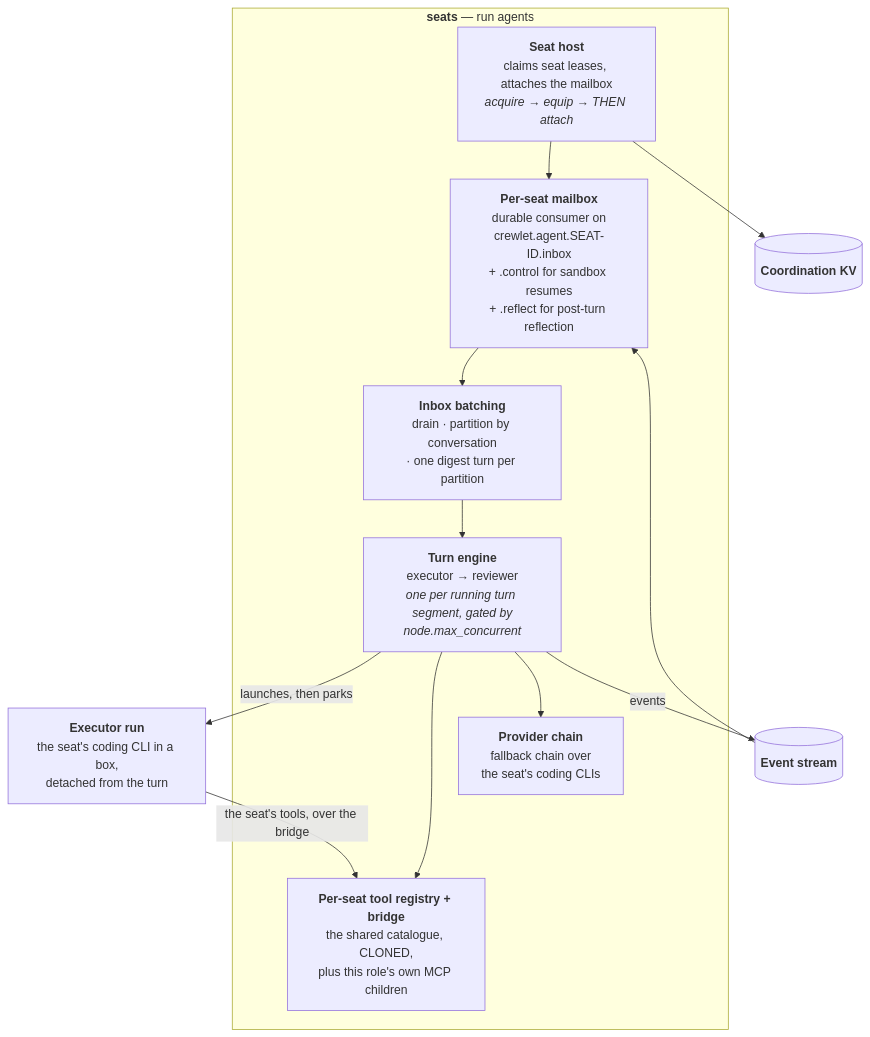
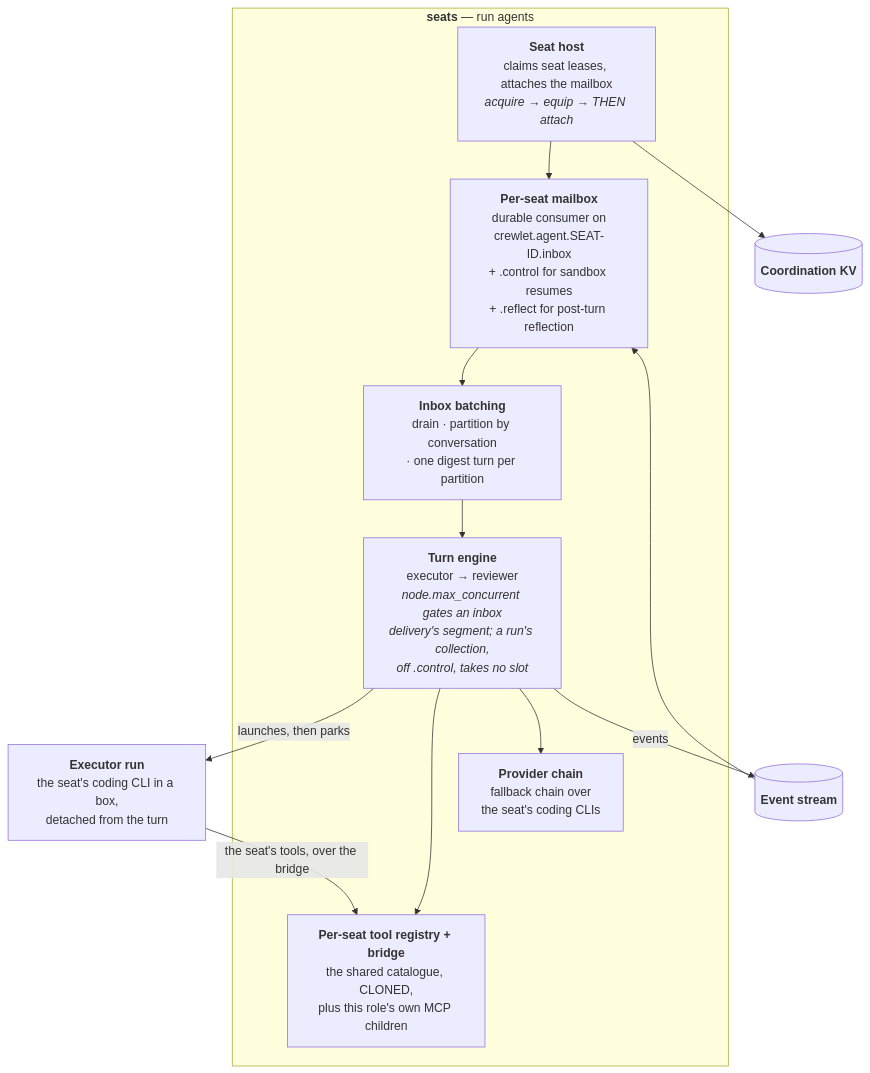
One commit to crewlet/crewlet changed the fourth of 10 diagrams in docs/concepts/architecture.md. Above: the diagram before and after it, drawn with Mermaid. The commit also changed 11 other files, not shown here.

````diff
--- a/docs/concepts/architecture.md
+++ b/docs/concepts/architecture.md
@@ -219,24 +219,24 @@
 ```mermaid
 flowchart TB
     subgraph seats["<b>seats</b> — run agents"]
         CLAIM["<b>Seat host</b><br/>claims seat leases, attaches the mailbox<br/><i>acquire → equip → THEN attach</i>"]
         MBOX["<b>Per-seat mailbox</b><br/>durable consumer on<br/>crewlet.agent.SEAT-ID.inbox<br/>+ .control for sandbox resumes<br/>+ .reflect for post-turn reflection"]
         BATCH["<b>Inbox batching</b><br/>drain · partition by conversation<br/>· one digest turn per partition"]
-        TURN["<b>Turn engine</b><br/>executor → reviewer<br/><i>one per running turn segment, gated by<br/>node.max_concurrent</i>"]
+        TURN["<b>Turn engine</b><br/>executor → reviewer<br/><i>node.max_concurrent gates an inbox<br/>delivery's segment; a run's collection,<br/>off .control, takes no slot</i>"]
         REG["<b>Per-seat tool registry + bridge</b><br/>the shared catalogue, CLONED,<br/>plus this role's own MCP children"]
         PROV["<b>Provider chain</b><br/>fallback chain over<br/>the seat's coding CLIs"]
     end
     STREAM[("<b>Event stream</b>")]
     KV[("<b>Coordination KV</b>")]
     RUN["<b>Executor run</b><br/>the seat's coding CLI in a box,<br/>detached from the turn"]
 
     STREAM --> MBOX
     MBOX --> BATCH --> TURN
     TURN -->|"launches, then parks"| RUN
     RUN -->|"the seat's tools, over the bridge"| REG
     TURN --> REG
     TURN --> PROV
     TURN -->|events| STREAM
     CLAIM --> MBOX
     CLAIM --> KV
 ```
````
